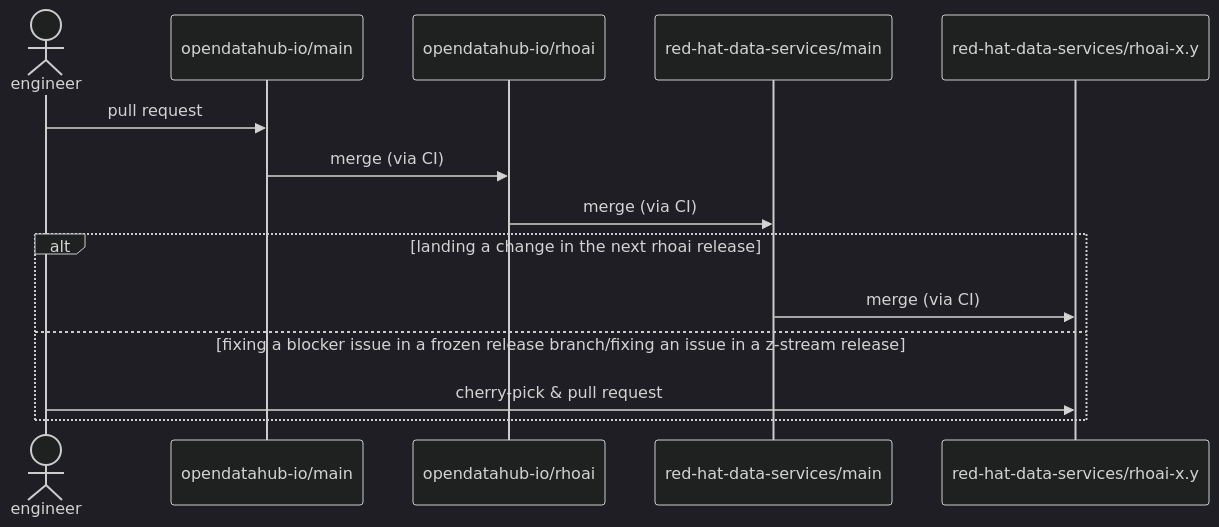
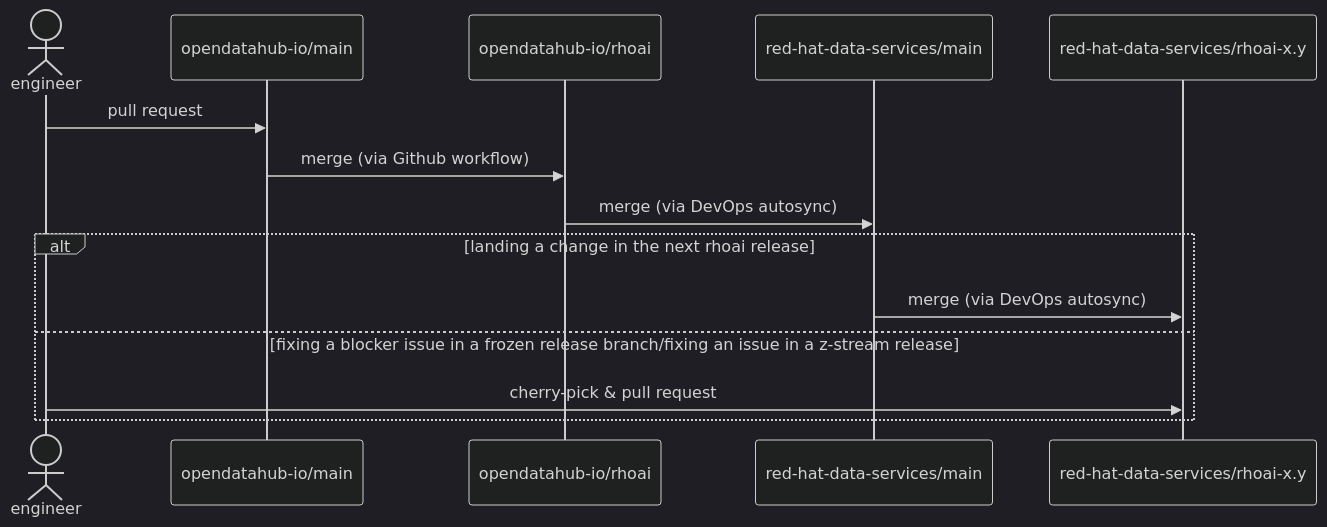
One commit to opendatahub-io/opendatahub-operator changed the second of 2 diagrams in docs/release-workflow-guide.md. Above: the diagram before and after it, drawn with Mermaid (dark theme). The commit also changed other lines of this file, not shown here.

````diff
--- a/docs/release-workflow-guide.md
+++ b/docs/release-workflow-guide.md
@@ -76,17 +76,17 @@
 ```mermaid
 sequenceDiagram
     actor engineer
     participant main as opendatahub-io/main
     participant rhoai as opendatahub-io/rhoai
     participant rhds as red-hat-data-services/main
     participant rhoaixy as red-hat-data-services/rhoai-x.y
 
     engineer ->> main: pull request
-    main ->> rhoai: merge (via CI)
-    rhoai ->> rhds: merge (via CI)
+    main ->> rhoai: merge (via Github workflow)
+    rhoai ->> rhds: merge (via DevOps autosync)
 alt landing a change in the next rhoai release
-    rhds ->> rhoaixy: merge (via CI)
+    rhds ->> rhoaixy: merge (via DevOps autosync)
 else fixing a blocker issue in a frozen release branch/fixing an issue in a z-stream release
     engineer ->> rhoaixy: cherry-pick & pull request
 end
 ```
````
